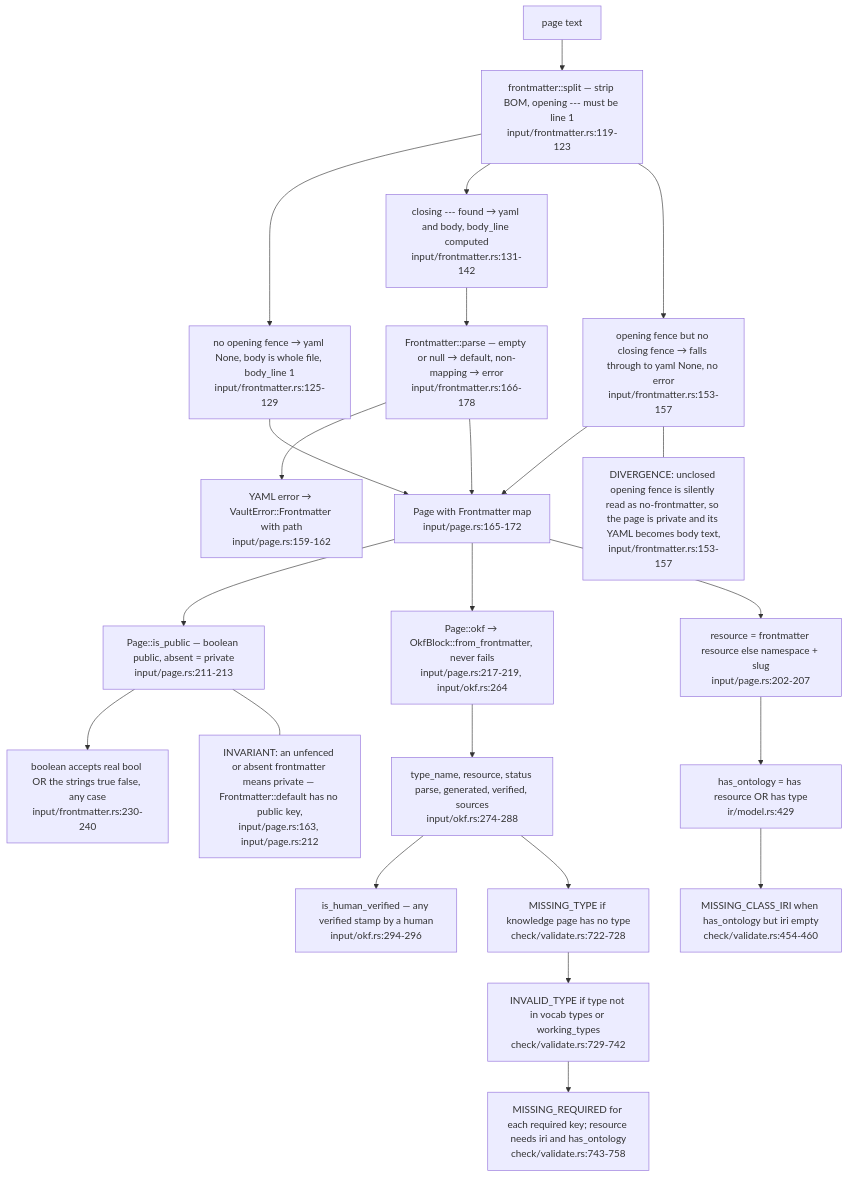
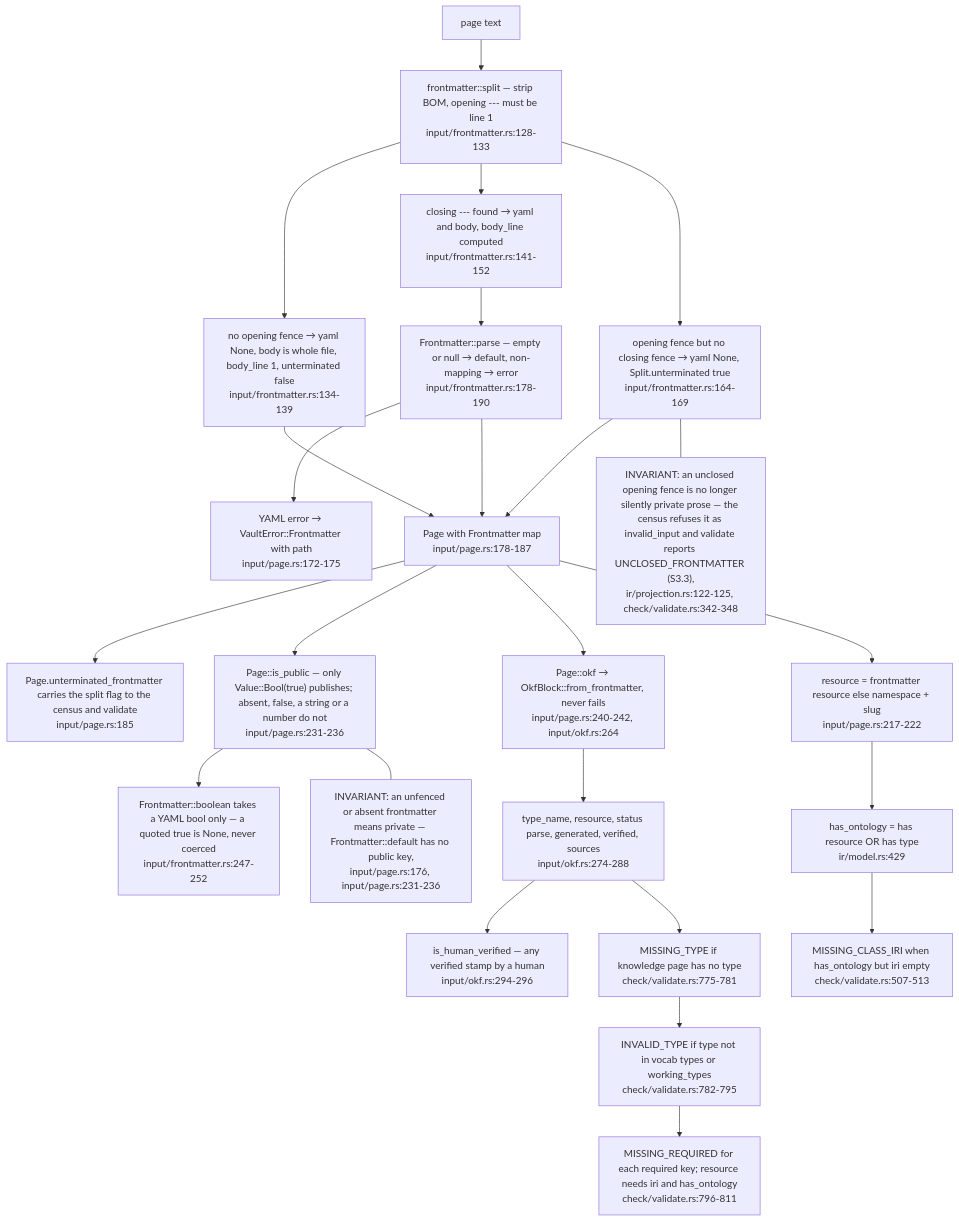
Before and after one commit to DreamLab-AI/VisionFlow: the third of 6 diagrams in docs/diagrams/ontomark/01-input-layer-vault-pages-and-gates.md, drawn with Mermaid. The commit also changed other lines of this file and 10 other files, not shown here.

First line of the commit message:
docs(diagrams): re-stamp the ontomark corpus at ee9e04a; OM-06 machine scope and ingest contract

````diff
--- a/docs/diagrams/ontomark/01-input-layer-vault-pages-and-gates.md
+++ b/docs/diagrams/ontomark/01-input-layer-vault-pages-and-gates.md
@@ -121,38 +123,40 @@
 ```mermaid
 flowchart TD
     TXT["page text"]
-    SPLIT["frontmatter::split — strip BOM, opening --- must be line 1<br/>input/frontmatter.rs:119-123"]
-    NOFM["no opening fence → yaml None, body is whole file, body_line 1<br/>input/frontmatter.rs:125-129"]
-    CLOSE["closing --- found → yaml and body, body_line computed<br/>input/frontmatter.rs:131-142"]
-    UNCLOSED["opening fence but no closing fence → falls through to yaml None, no error<br/>input/frontmatter.rs:153-157"]
-    FMPARSE["Frontmatter::parse — empty or null → default, non-mapping → error<br/>input/frontmatter.rs:166-178"]
-    PERR["YAML error → VaultError::Frontmatter with path<br/>input/page.rs:159-162"]
-    PAGE["Page with Frontmatter map<br/>input/page.rs:165-172"]
-    PUBLIC["Page::is_public — boolean public, absent = private<br/>input/page.rs:211-213"]
-    BOOL["boolean accepts real bool OR the strings true false, any case<br/>input/frontmatter.rs:230-240"]
-    OKF["Page::okf → OkfBlock::from_frontmatter, never fails<br/>input/page.rs:217-219, input/okf.rs:264"]
+    SPLIT["frontmatter::split — strip BOM, opening --- must be line 1<br/>input/frontmatter.rs:128-133"]
+    NOFM["no opening fence → yaml None, body is whole file, body_line 1, unterminated false<br/>input/frontmatter.rs:134-139"]
+    CLOSE["closing --- found → yaml and body, body_line computed<br/>input/frontmatter.rs:141-152"]
+    UNCLOSED["opening fence but no closing fence → yaml None, Split.unterminated true<br/>input/frontmatter.rs:164-169"]
+    FMPARSE["Frontmatter::parse — empty or null → default, non-mapping → error<br/>input/frontmatter.rs:178-190"]
+    PERR["YAML error → VaultError::Frontmatter with path<br/>input/page.rs:172-175"]
+    PAGE["Page with Frontmatter map<br/>input/page.rs:178-187"]
+    UFLAG["Page.unterminated_frontmatter carries the split flag to the census and validate<br/>input/page.rs:185"]
+    PUBLIC["Page::is_public — only Value::Bool(true) publishes; absent, false, a string or a number do not<br/>input/page.rs:231-236"]
+    BOOL["Frontmatter::boolean takes a YAML bool only — a quoted true is None, never coerced<br/>input/frontmatter.rs:247-252"]
+    OKF["Page::okf → OkfBlock::from_frontmatter, never fails<br/>input/page.rs:240-242, input/okf.rs:264"]
     OKFF["type_name, resource, status parse, generated, verified, sources<br/>input/okf.rs:274-288"]
     HV["is_human_verified — any verified stamp by a human<br/>input/okf.rs:294-296"]
-    GTYPE["MISSING_TYPE if knowledge page has no type<br/>check/validate.rs:722-728"]
-    GINV["INVALID_TYPE if type not in vocab types or working_types<br/>check/validate.rs:729-742"]
-    GREQ["MISSING_REQUIRED for each required key; resource needs iri and has_ontology<br/>check/validate.rs:743-758"]
+    GTYPE["MISSING_TYPE if knowledge page has no type<br/>check/validate.rs:775-781"]
+    GINV["INVALID_TYPE if type not in vocab types or working_types<br/>check/validate.rs:782-795"]
+    GREQ["MISSING_REQUIRED for each required key; resource needs iri and has_ontology<br/>check/validate.rs:796-811"]
     GONT["has_ontology = has resource OR has type<br/>ir/model.rs:429"]
-    GIRI["MISSING_CLASS_IRI when has_ontology but iri empty<br/>check/validate.rs:454-460"]
-    GRES["resource = frontmatter resource else namespace + slug<br/>input/page.rs:202-207"]
+    GIRI["MISSING_CLASS_IRI when has_ontology but iri empty<br/>check/validate.rs:507-513"]
+    GRES["resource = frontmatter resource else namespace + slug<br/>input/page.rs:217-222"]
     TXT --> SPLIT
     SPLIT --> NOFM
     SPLIT --> CLOSE
     SPLIT --> UNCLOSED
     CLOSE --> FMPARSE --> PERR
     FMPARSE --> PAGE
     NOFM --> PAGE
     UNCLOSED --> PAGE
+    PAGE --> UFLAG
     PAGE --> PUBLIC --> BOOL
     PAGE --> OKF --> OKFF --> HV
     OKFF --> GTYPE --> GINV --> GREQ
     PAGE --> GRES --> GONT --> GIRI
-    note1["INVARIANT: an unfenced or absent frontmatter means private — Frontmatter::default has no public key,<br/>input/page.rs:163, input/page.rs:212"]
-    note2["DIVERGENCE: unclosed opening fence is silently read as no-frontmatter, so the page is private and its YAML becomes body text,<br/>input/frontmatter.rs:153-157"]
+    note1["INVARIANT: an unfenced or absent frontmatter means private — Frontmatter::default has no public key,<br/>input/page.rs:176, input/page.rs:231-236"]
+    note2["INVARIANT: an unclosed opening fence is no longer silently private prose — the census refuses it as invalid_input and validate reports UNCLOSED_FRONTMATTER (S3.3),<br/>ir/projection.rs:122-125, check/validate.rs:342-348"]
     PUBLIC --- note1
     UNCLOSED --- note2
 ```
````
